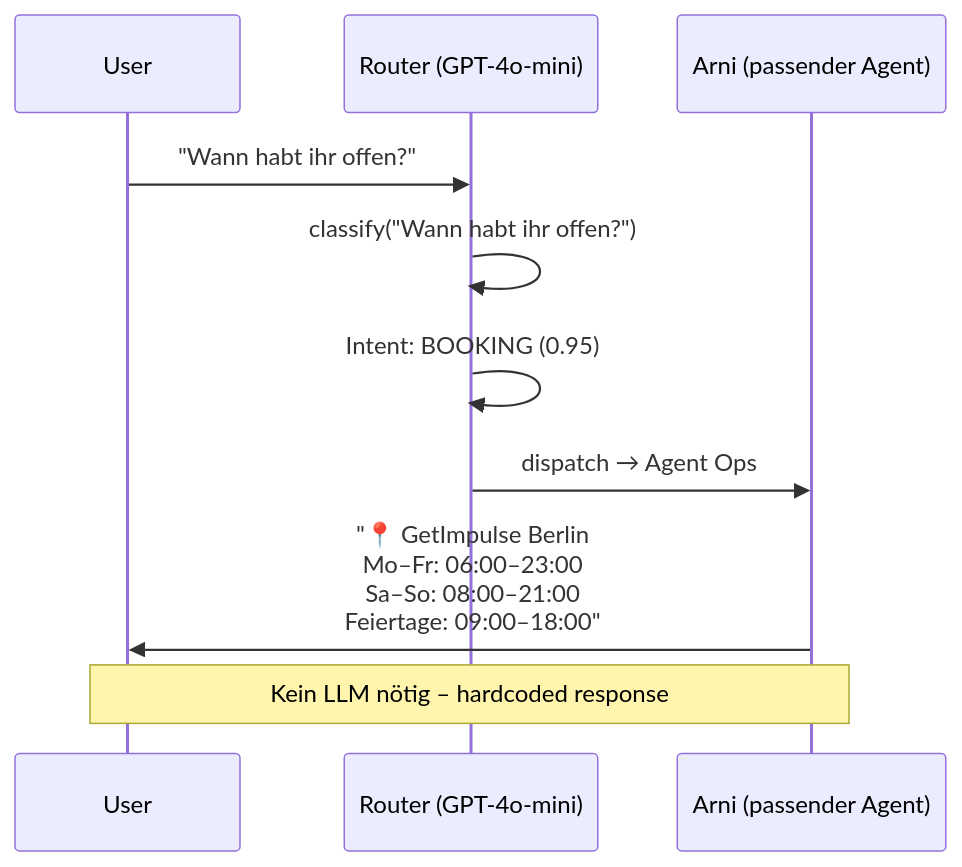
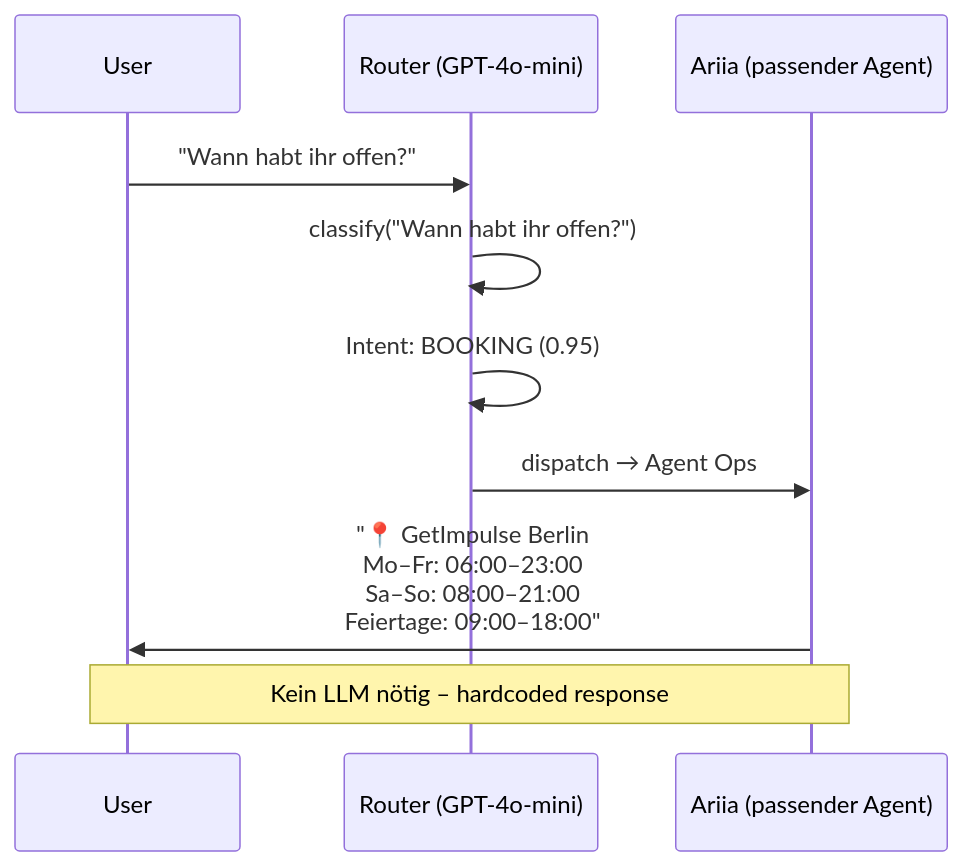
Before and after one commit to DamienDrash/arni: the third of 3 diagrams in docs/specs/CONVERSATION_FLOWS.md, drawn with Mermaid. The commit also changed other lines of this file and 234 other files, not shown here.

Commit message:
rebranding: complete migration from ARNI to ARIIA and fix typos

````diff
--- a/docs/specs/CONVERSATION_FLOWS.md
+++ b/docs/specs/CONVERSATION_FLOWS.md
@@ -71,15 +71,15 @@
 ```mermaid
 sequenceDiagram
     participant U as User
     participant R as Router (GPT-4o-mini)
-    participant A as Arni (passender Agent)
+    participant A as Ariia (passender Agent)
 
     U->>R: "Wann habt ihr offen?"
     R->>R: classify("Wann habt ihr offen?")
     R->>R: Intent: BOOKING (0.95)
     R->>A: dispatch → Agent Ops
 
     A->>U: "📍 GetImpulse Berlin<br/>Mo–Fr: 06:00–23:00<br/>Sa–So: 08:00–21:00<br/>Feiertage: 09:00–18:00"
 
     Note over U,A: Kein LLM nötig – hardcoded response
 ```
````
